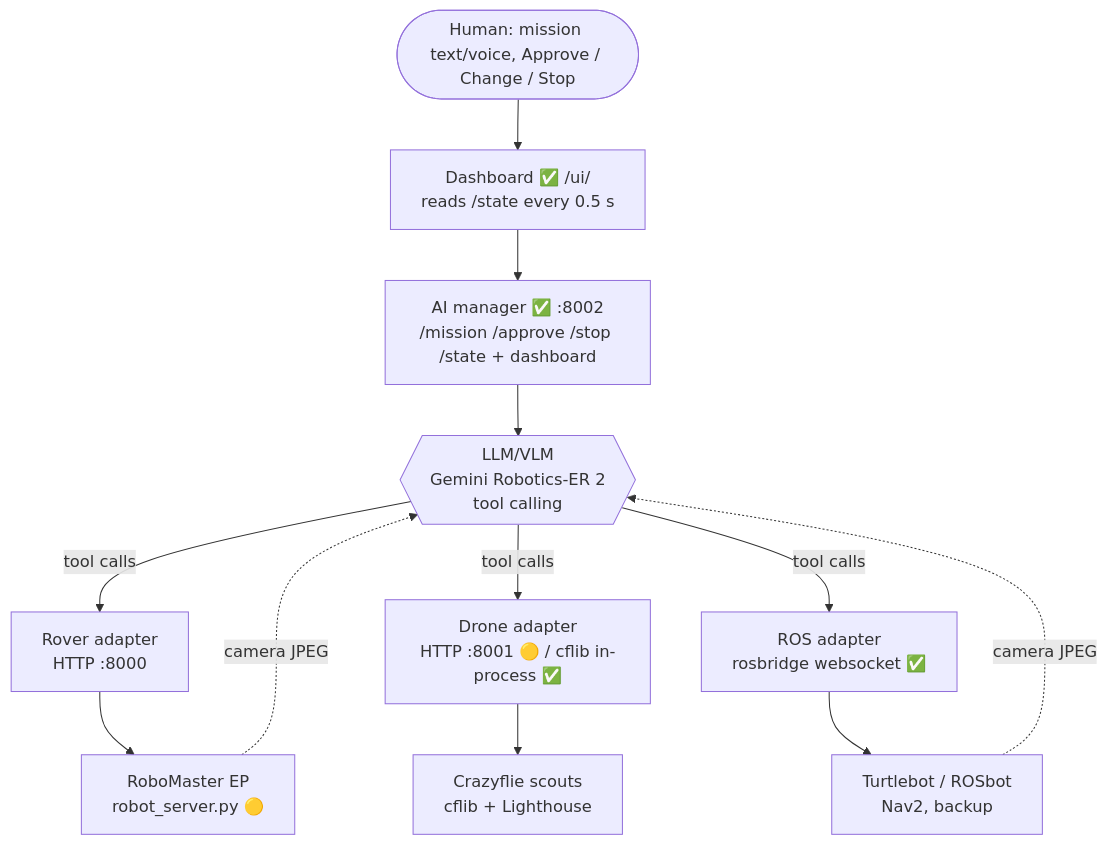
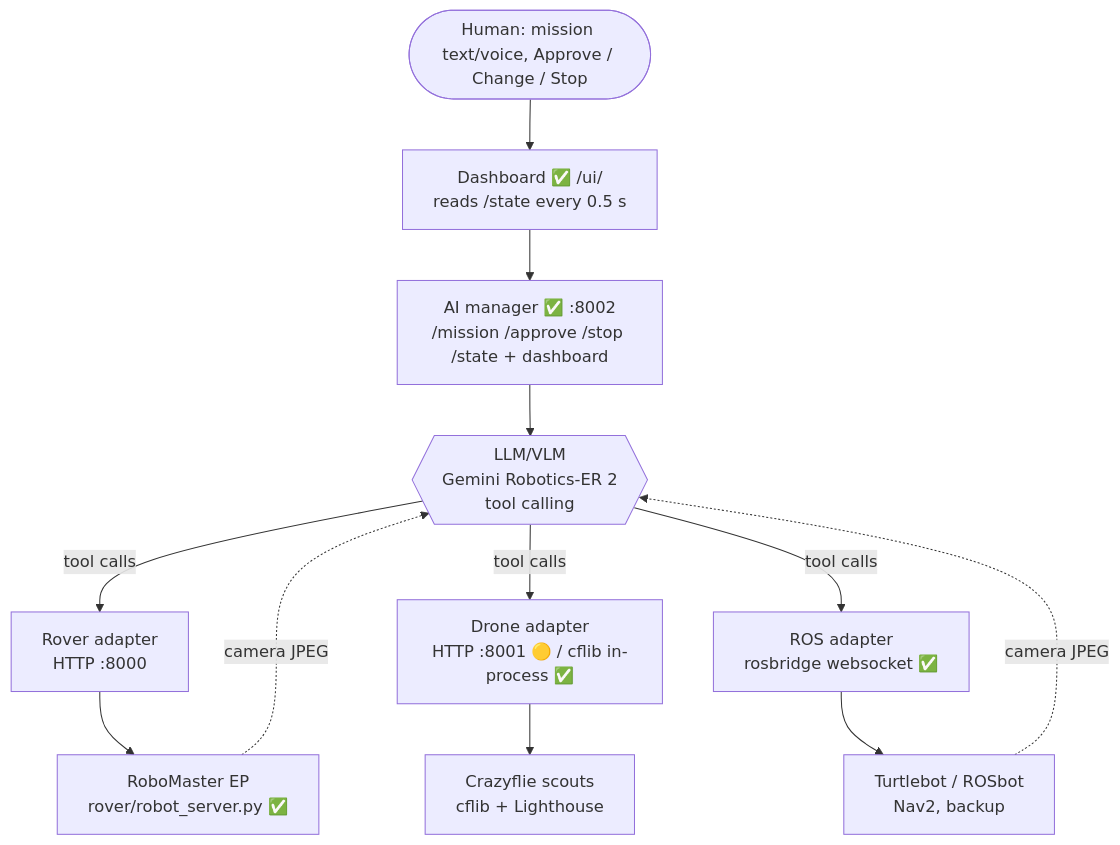
Before and after one commit to IamHetPatel/marc: the diagram in README.md, drawn with Mermaid. The commit also changed other lines of this file and 12 other files, not shown here.

First line of the commit message:
WP-R1: rover HTTP API server on the EP's plaintext SDK

````diff
--- a/README.md
+++ b/README.md
@@ -13,20 +13,20 @@
 ```mermaid
 flowchart TB
     H([Human: mission text/voice, Approve / Change / Stop])
     D[Dashboard ✅ /ui/<br/>reads /state every 0.5 s]
     M[AI manager ✅ :8002<br/>/mission /approve /stop /state + dashboard]
     L{{LLM/VLM<br/>Gemini Robotics-ER 2<br/>tool calling}}
     A1[Rover adapter<br/>HTTP :8000]
     A2[Drone adapter<br/>HTTP :8001 🟡 / cflib in-process ✅]
     A3[ROS adapter<br/>rosbridge websocket ✅]
-    R1[RoboMaster EP<br/>robot_server.py 🟡]
+    R1[RoboMaster EP<br/>rover/robot_server.py ✅]
     R2[Crazyflie scouts<br/>cflib + Lighthouse]
     R3[Turtlebot / ROSbot<br/>Nav2, backup]
 
     H --> D --> M --> L
     L -- "tool calls" --> A1 & A2 & A3
     A1 --> R1
     A2 --> R2
     A3 --> R3
     R1 & R3 -. "camera JPEG" .-> L
 ```
````
